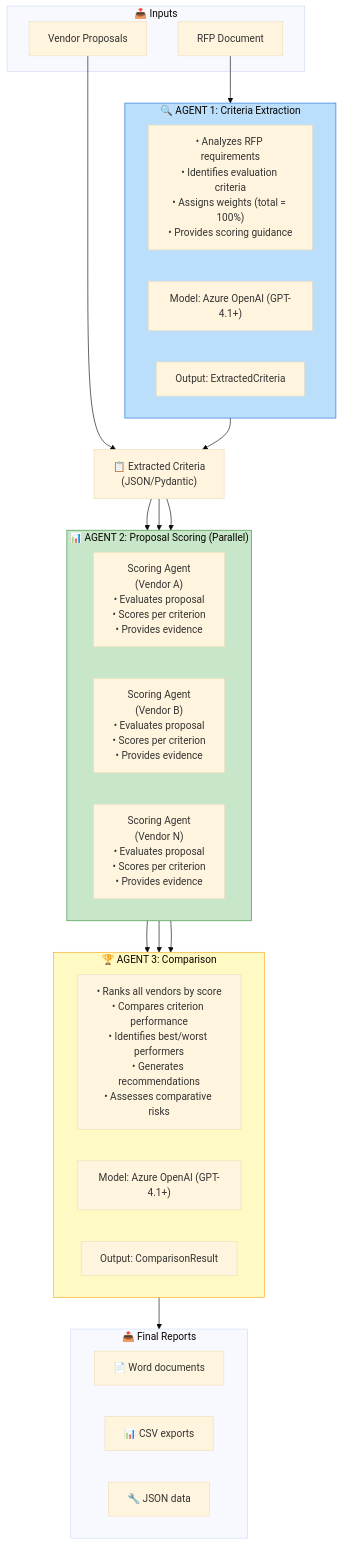
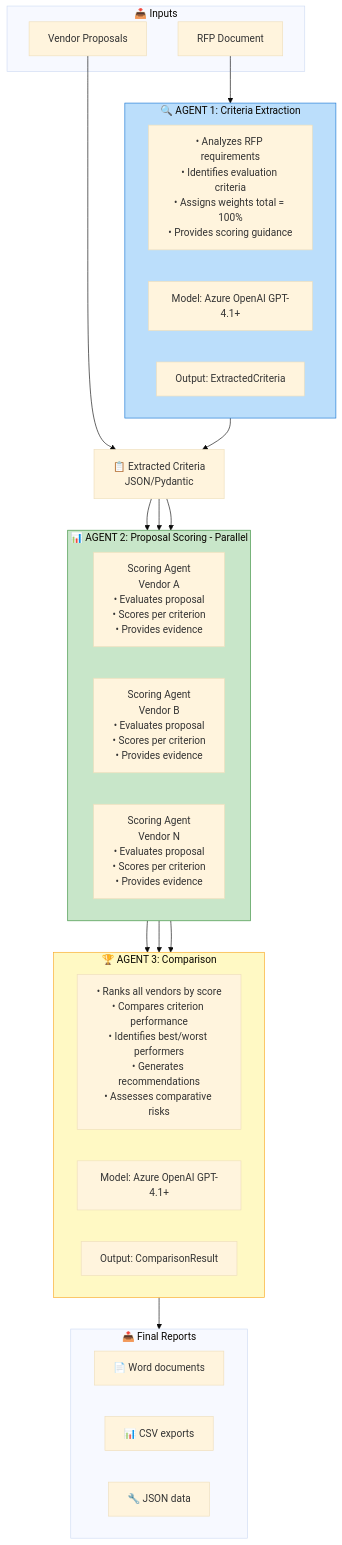
One commit to amgdy/rfp-analyzer changed the sixth of 20 diagrams in docs/ARCHITECTURE.md. Above: the diagram before and after it, drawn with Mermaid (base theme). The commit also changed other lines of this file and 1 other file, not shown here.

Commit message:
Update architecture diagrams in documentation to improve readability with HTML line breaks

````diff
--- a/docs/ARCHITECTURE.md
+++ b/docs/ARCHITECTURE.md
@@ -218,45 +218,45 @@
 ```mermaid
 flowchart TB
     subgraph Inputs["📥 Inputs"]
         RFP["RFP Document"]
         VP["Vendor Proposals"]
     end
     
     subgraph Agent1["🔍 AGENT 1: Criteria Extraction"]
-        A1D["• Analyzes RFP requirements\n• Identifies evaluation criteria\n• Assigns weights (total = 100%)\n• Provides scoring guidance"]
-        A1M["Model: Azure OpenAI (GPT-4.1+)"]
+        A1D["• Analyzes RFP requirements<br>• Identifies evaluation criteria<br>• Assigns weights total = 100%<br>• Provides scoring guidance"]
+        A1M["Model: Azure OpenAI GPT-4.1+"]
         A1O["Output: ExtractedCriteria"]
     end
     
-    EC["📋 Extracted Criteria\n(JSON/Pydantic)"]
+    EC["📋 Extracted Criteria<br>JSON/Pydantic"]
     
-    subgraph Agent2["📊 AGENT 2: Proposal Scoring (Parallel)"]
+    subgraph Agent2["📊 AGENT 2: Proposal Scoring - Parallel"]
         direction LR
-        A2A["Scoring Agent\n(Vendor A)\n• Evaluates proposal\n• Scores per criterion\n• Provides evidence"]
-        A2B["Scoring Agent\n(Vendor B)\n• Evaluates proposal\n• Scores per criterion\n• Provides evidence"]
-        A2N["Scoring Agent\n(Vendor N)\n• Evaluates proposal\n• Scores per criterion\n• Provides evidence"]
+        A2A["Scoring Agent<br>Vendor A<br>• Evaluates proposal<br>• Scores per criterion<br>• Provides evidence"]
+        A2B["Scoring Agent<br>Vendor B<br>• Evaluates proposal<br>• Scores per criterion<br>• Provides evidence"]
+        A2N["Scoring Agent<br>Vendor N<br>• Evaluates proposal<br>• Scores per criterion<br>• Provides evidence"]
     end
     
     subgraph Agent3["🏆 AGENT 3: Comparison"]
-        A3D["• Ranks all vendors by score\n• Compares criterion performance\n• Identifies best/worst performers\n• Generates recommendations\n• Assesses comparative risks"]
-        A3M["Model: Azure OpenAI (GPT-4.1+)"]
+        A3D["• Ranks all vendors by score<br>• Compares criterion performance<br>• Identifies best/worst performers<br>• Generates recommendations<br>• Assesses comparative risks"]
+        A3M["Model: Azure OpenAI GPT-4.1+"]
         A3O["Output: ComparisonResult"]
     end
     
     subgraph Outputs["📤 Final Reports"]
         FR1["📄 Word documents"]
         FR2["📊 CSV exports"]
         FR3["🔧 JSON data"]
     end
     
     RFP --> Agent1
     VP --> EC
     Agent1 --> EC
     EC --> A2A & A2B & A2N
     A2A & A2B & A2N --> Agent3
     Agent3 --> Outputs
     
     style Agent1 fill:#bbdefb,stroke:#1976d2
     style Agent2 fill:#c8e6c9,stroke:#388e3c
     style Agent3 fill:#fff9c4,stroke:#f9a825
 ```
````
